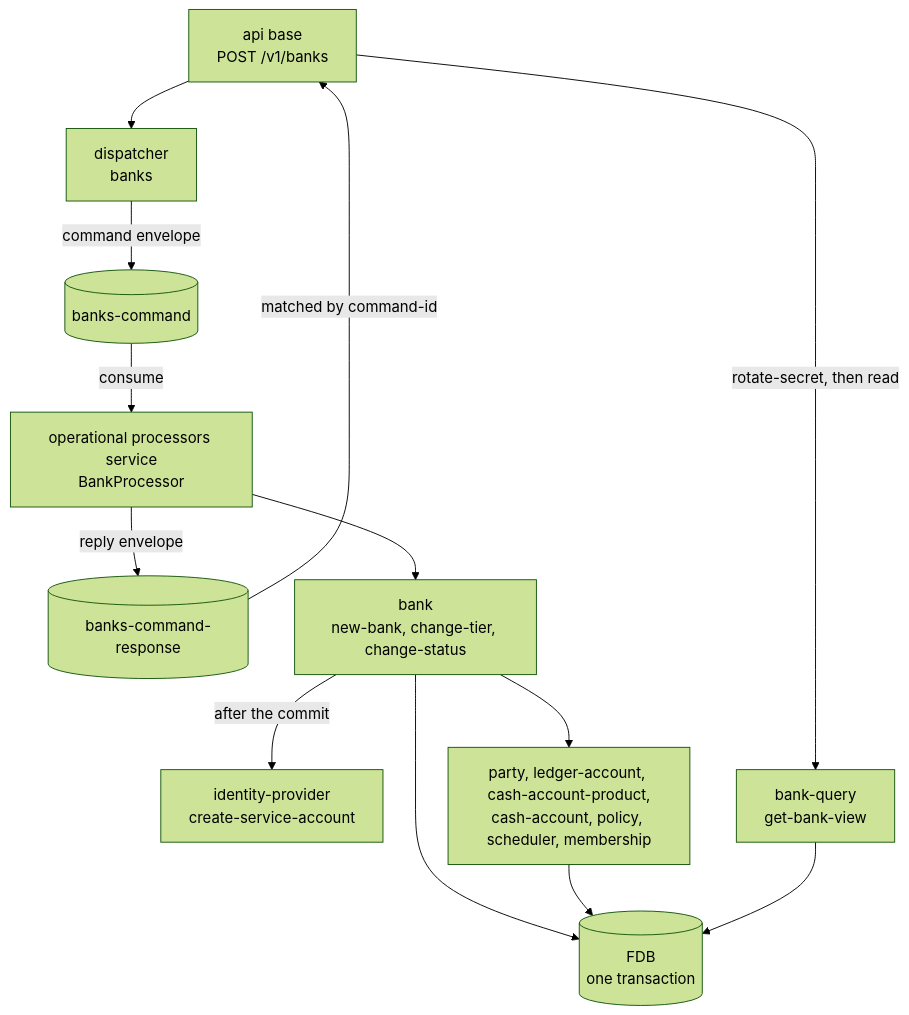
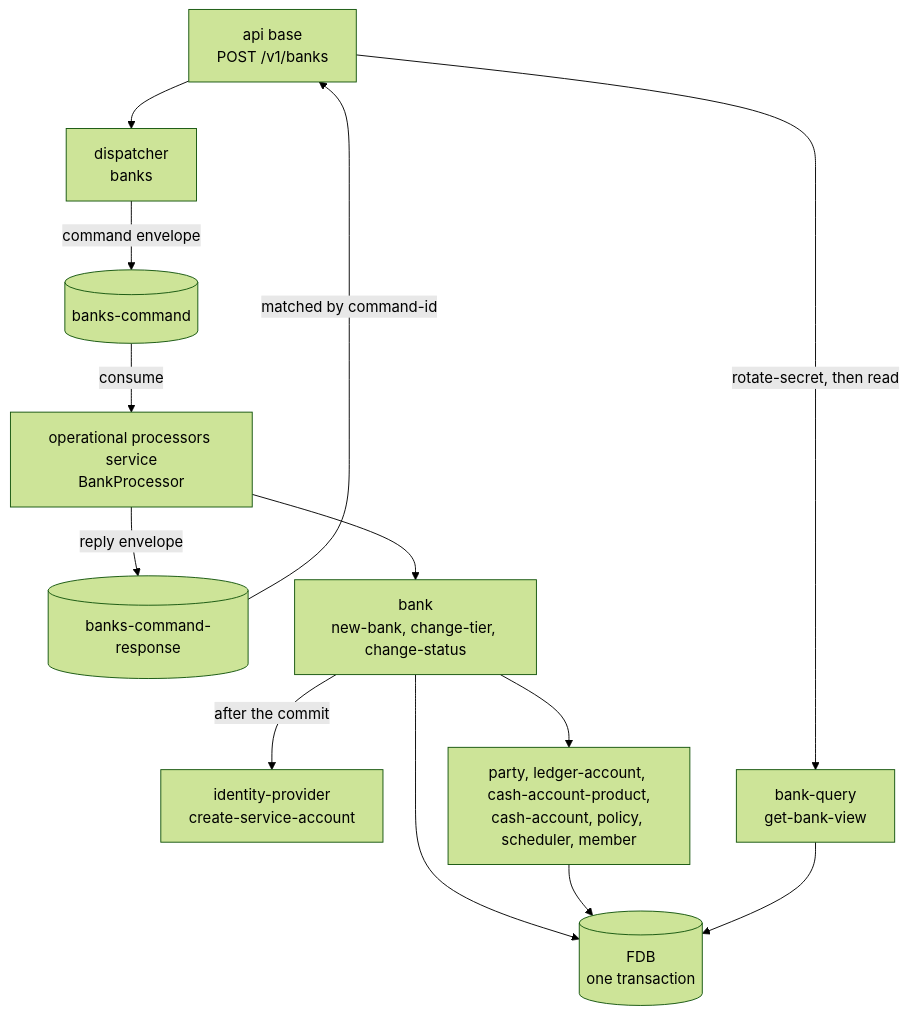
One commit to repldriven/queenswood changed the diagram in docs/tdd/banks.md. Above: the diagram before and after it, drawn with Mermaid (forest theme). The commit also changed other lines of this file and 1030 other files, not shown here.

````diff
--- a/docs/tdd/banks.md
+++ b/docs/tdd/banks.md
@@ -85,26 +85,26 @@
 ```mermaid
 graph TD
     API["api base<br/>POST /v1/banks"]
     DISP["dispatcher<br/>banks"]
     CH[("banks-command")]
     RCH[("banks-command-response")]
     PROC["operational processors service<br/>BankProcessor"]
     CORE["bank<br/>new-bank, change-tier, change-status"]
     IDP["identity-provider<br/>create-service-account"]
-    BRICKS["party, ledger-account, cash-account-product,<br/>cash-account, policy, scheduler, membership"]
+    BRICKS["party, ledger-account, cash-account-product,<br/>cash-account, policy, scheduler, member"]
     QRY["bank-query<br/>get-bank-view"]
     FDB[("FDB<br/>one transaction")]
 
     API --> DISP
     DISP -->|"command envelope"| CH
     CH -->|consume| PROC
     PROC --> CORE
     CORE -->|"after the commit"| IDP
     CORE --> BRICKS
     CORE --> FDB
     BRICKS --> FDB
     PROC -->|"reply envelope"| RCH
     RCH -->|"matched by command-id"| API
     API -->|"rotate-secret, then read"| QRY
     QRY --> FDB
 ```
````
